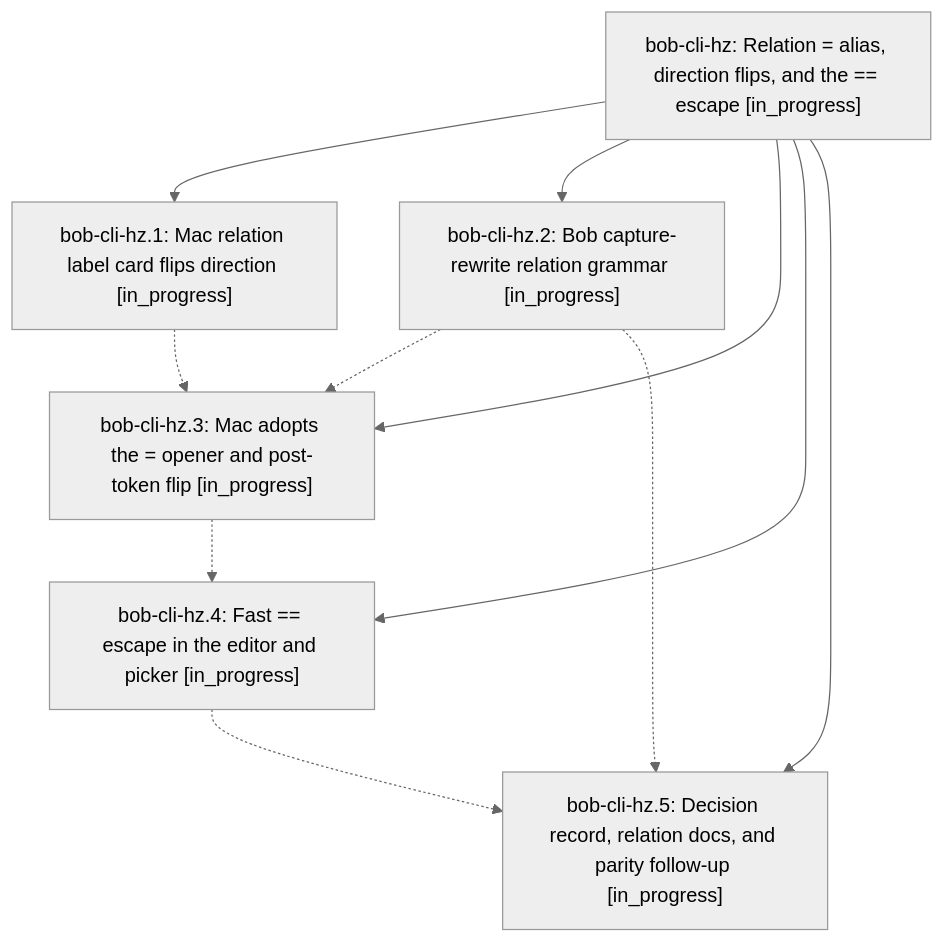
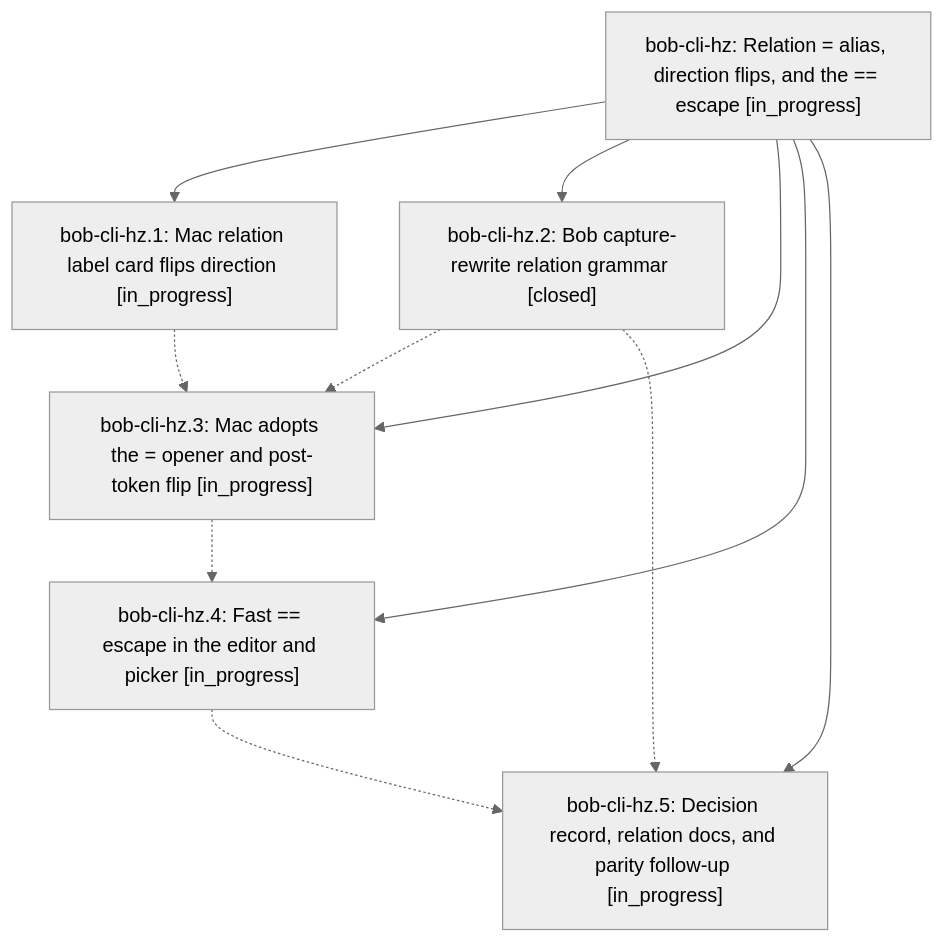
Before and after one commit to bobs-org/bob-cli--beads: the diagram in pages/bob-cli-hz/README.md, drawn with Mermaid (neutral theme). The commit also changed other lines of this file and 4 other files, not shown here.

First line of the commit message:
chore(beads): sync bead state and pages for bob-cli-hz

````diff
--- a/pages/bob-cli-hz/README.md
+++ b/pages/bob-cli-hz/README.md
@@ -38,19 +38,19 @@
 ```mermaid
 flowchart TD
     n0["bob-cli-hz: Relation = alias, direction flips, and the == escape [in_progress]"]
     n1["bob-cli-hz.1: Mac relation label card flips direction [in_progress]"]
-    n2["bob-cli-hz.2: Bob capture-rewrite relation grammar [in_progress]"]
+    n2["bob-cli-hz.2: Bob capture-rewrite relation grammar [closed]"]
     n3["bob-cli-hz.3: Mac adopts the = opener and post-token flip [in_progress]"]
     n4["bob-cli-hz.4: Fast == escape in the editor and picker [in_progress]"]
     n5["bob-cli-hz.5: Decision record, relation docs, and parity follow-up [in_progress]"]
     n0 --> n1
     n0 --> n2
     n0 --> n3
     n0 --> n4
     n0 --> n5
     n1 -.-> n3
     n2 -.-> n3
     n2 -.-> n5
     n3 -.-> n4
     n4 -.-> n5
 ```
````
